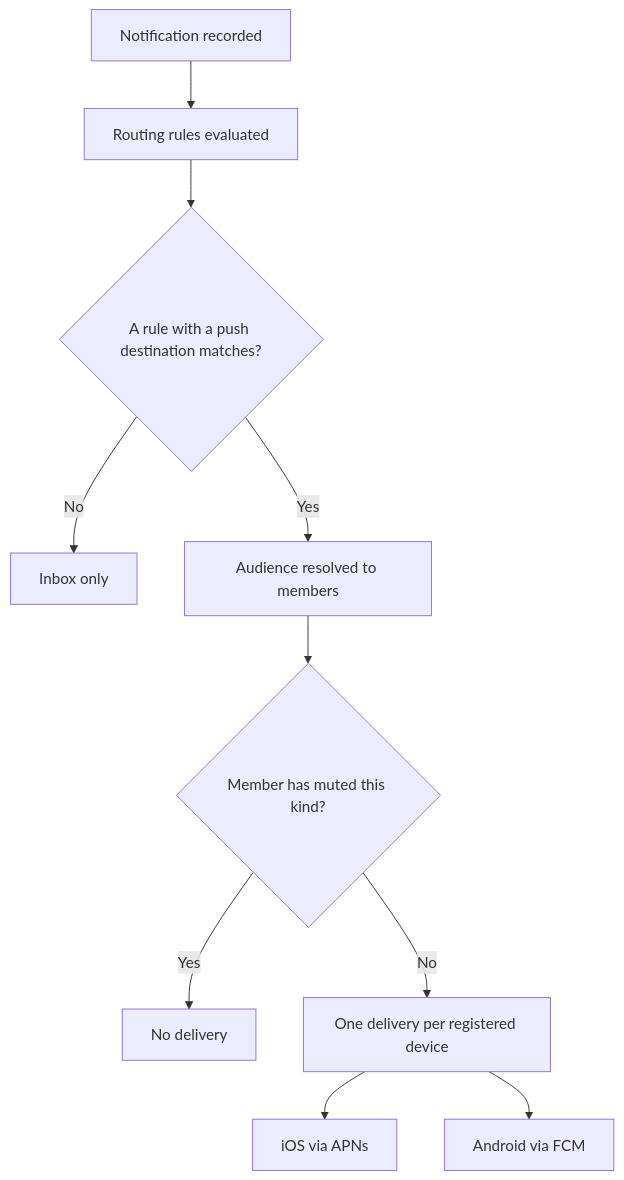
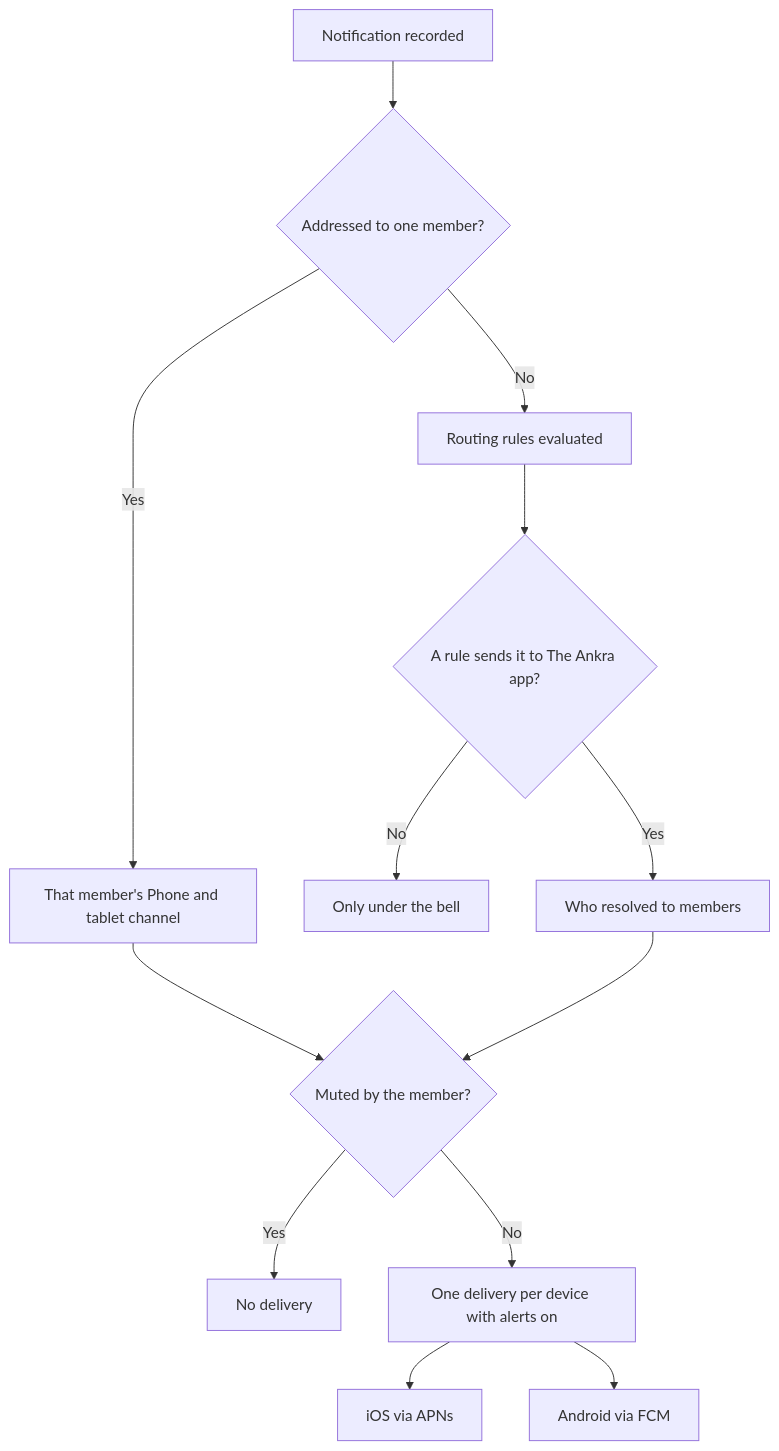
The diagram in guides/mobile-push.mdx (ankraio/ankra-docs), drawn with Mermaid before and after one commit. The commit also changed other lines of this file and 22 other files, not shown here.

First line of the commit message:
docs(observe): logs, metrics, health, alerts and notifications on the portal as served, with five new guides (ankra-4xh2sn.5.7)

````diff
--- a/guides/mobile-push.mdx
+++ b/guides/mobile-push.mdx
@@ -8,12 +12,15 @@
 ```mermaid
 flowchart TD
-    Event[Notification recorded] --> Routes[Routing rules evaluated]
-    Routes --> Match{A rule with a push destination matches?}
-    Match -->|No| Inbox[Inbox only]
-    Match -->|Yes| Audience[Audience resolved to members]
-    Audience --> Mutes{Member has muted this kind?}
+    Event[Notification recorded] --> Addressed{Addressed to one member?}
+    Addressed -->|Yes| Own[That member's Phone and tablet channel]
+    Addressed -->|No| Routes[Routing rules evaluated]
+    Routes --> Match{A rule sends it to The Ankra app?}
+    Match -->|No| Bell[Only under the bell]
+    Match -->|Yes| Audience[Who resolved to members]
+    Own --> Mutes{Muted by the member?}
+    Audience --> Mutes
     Mutes -->|Yes| Silent[No delivery]
-    Mutes -->|No| Devices[One delivery per registered device]
+    Mutes -->|No| Devices[One delivery per device with alerts on]
     Devices --> APNs[iOS via APNs]
     Devices --> FCM[Android via FCM]
 ```
````
